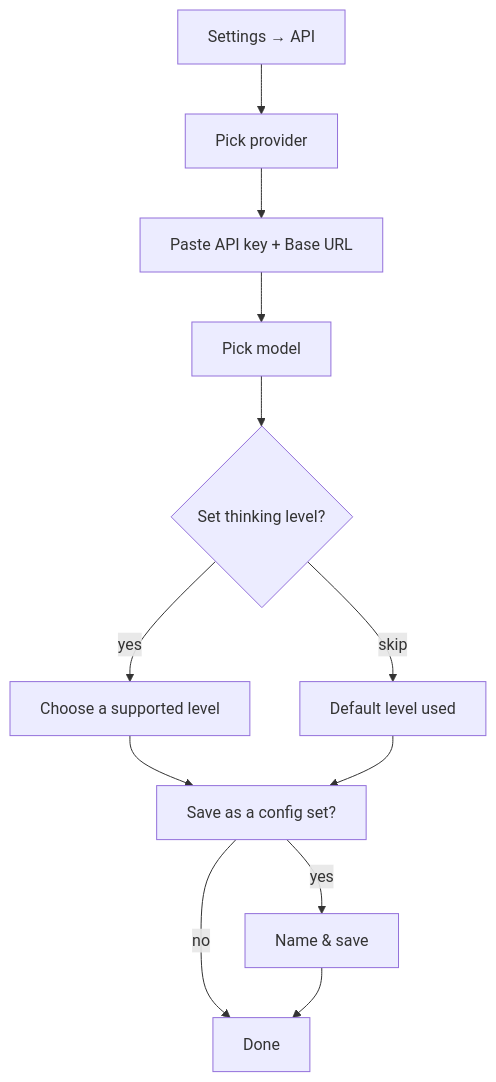
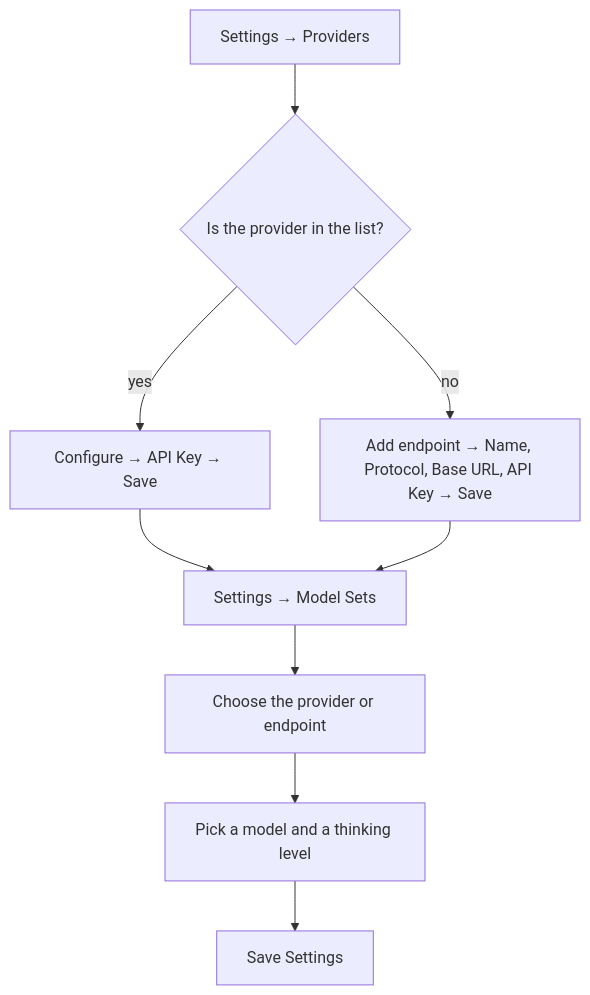
Before and after one commit to Sqowe/pilot: the diagram in docs/wiki/features/models-and-api.md, drawn with Mermaid. The commit also changed other lines of this file and 14 other files, not shown here.

````diff
--- a/docs/wiki/features/models-and-api.md
+++ b/docs/wiki/features/models-and-api.md
@@ -30,14 +102,11 @@
 ```mermaid
 flowchart TD
-  A["Settings → API"] --> B["Pick provider"]
-  B --> C["Paste API key + Base URL"]
-  C --> D["Pick model"]
-  D --> E{"Set thinking level?"}
-  E -->|"yes"| F["Choose a supported level"]
-  E -->|"skip"| G["Default level used"]
-  F --> H["Save as a config set?"]
-  G --> H
-  H -->|"yes"| I["Name & save"]
-  H -->|"no"| J["Done"]
-  I --> J
+  A["Settings → Providers"] --> B{"Is the provider in the list?"}
+  B -->|"yes"| C["Configure → API Key → Save"]
+  B -->|"no"| D["Add endpoint → Name, Protocol, Base URL, API Key → Save"]
+  C --> E["Settings → Model Sets"]
+  D --> E
+  E --> F["Choose the provider or endpoint"]
+  F --> G["Pick a model and a thinking level"]
+  G --> H["Save Settings"]
 ```
````
